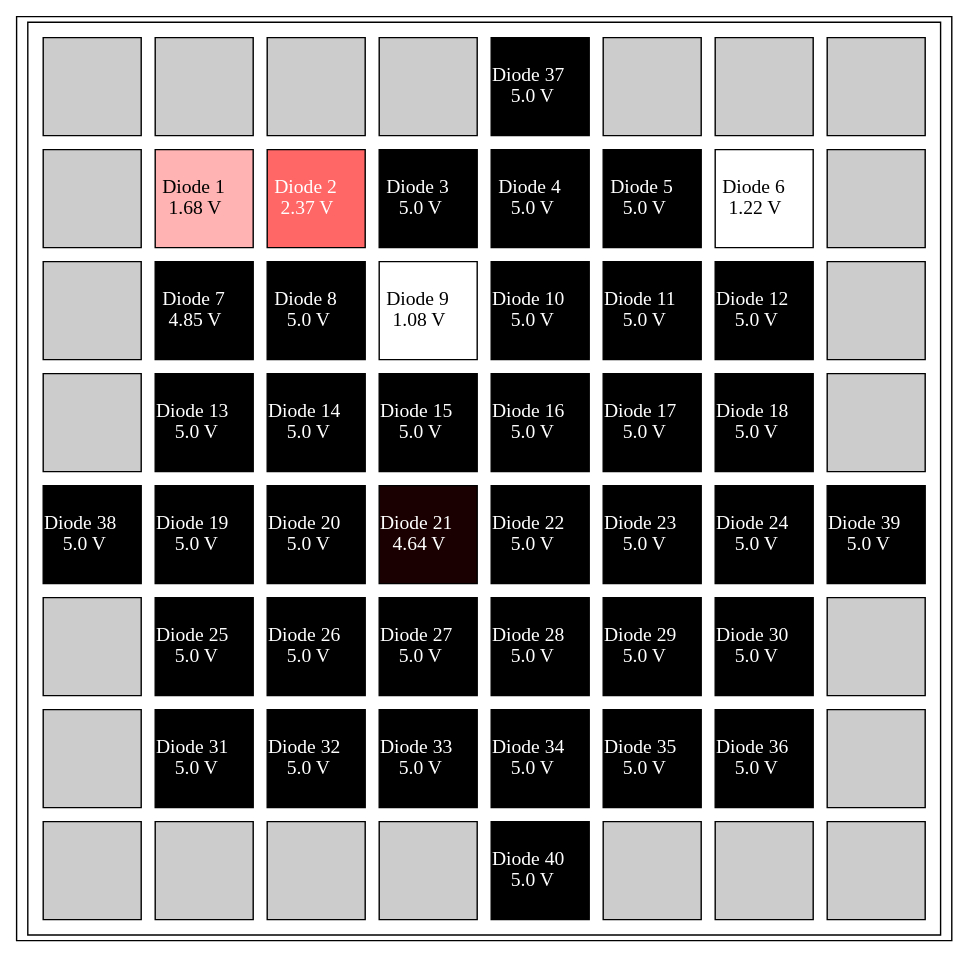
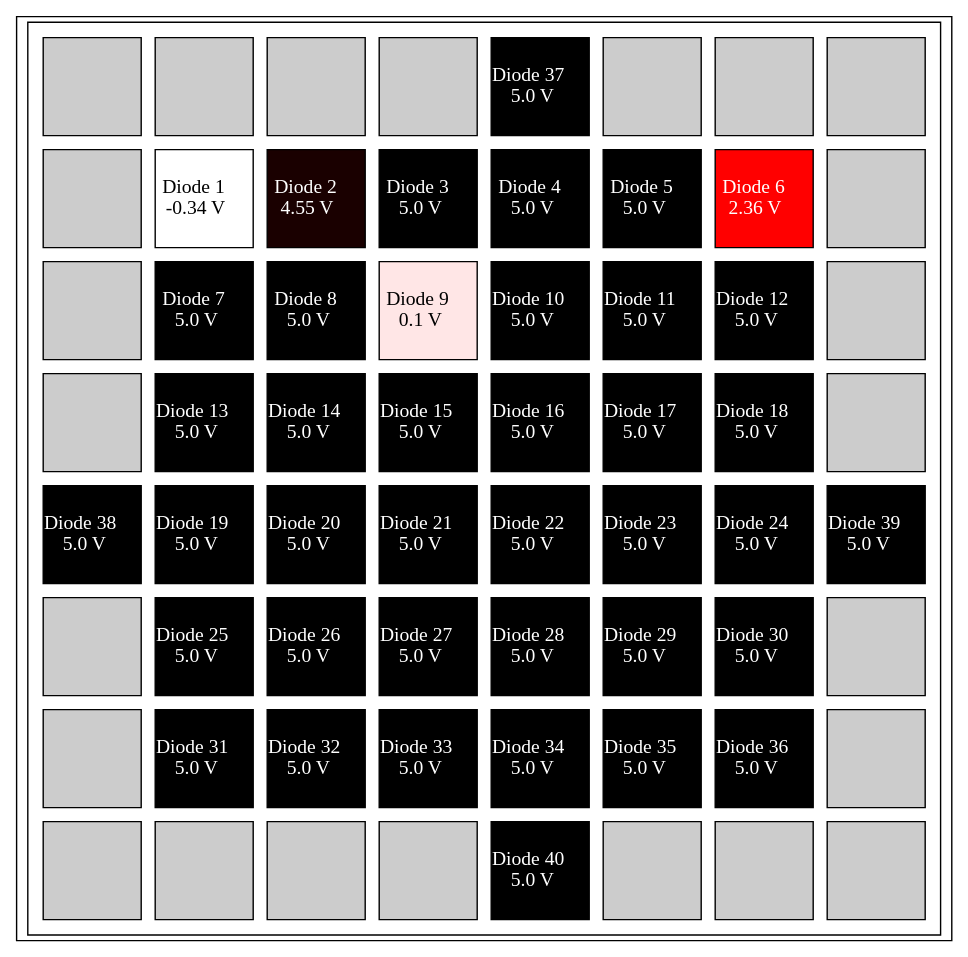
The diagram in array_table.gv (Karan-Takh/Diode-Dosimetry-Array), drawn with Graphviz before and after one commit. The commit also changed 2 other files, not shown here.

```diff
--- a/array_table.gv
+++ b/array_table.gv
@@ -1,195 +1,195 @@
 graph array_table {
 	node [shape=rectangle]
 	"Diode Array" [label=<<TABLE cellspacing="10">
     <TR>
         <TD bgcolor="#cccccc" fixedsize="true" width="70" height="70"></TD>
 
         <TD bgcolor="#cccccc" fixedsize="true" width="70" height="70"></TD>
 
         <TD bgcolor="#cccccc" fixedsize="true" width="70" height="70"></TD>
 
         <TD bgcolor="#cccccc" fixedsize="true" width="70" height="70"></TD>
 
         <TD bgcolor="#000000" fixedsize="true" width="70"
         height="70"><FONT COLOR="white">Diode 37 <BR align="center" /> 5.0 V</FONT></TD>
 
         <TD bgcolor="#cccccc" fixedsize="true" width="70" height="70"></TD>
 
         <TD bgcolor="#cccccc" fixedsize="true" width="70" height="70"></TD>
 
         <TD bgcolor="#cccccc" fixedsize="true" width="70" height="70"></TD>
     </TR>
 
 
     <TR>
         <TD bgcolor="#cccccc" fixedsize="true" width="70" height="70"></TD>
 
-        <TD bgcolor="#ffb3b3" fixedsize="true" width="70"
-        height="70"><FONT COLOR="black">Diode 1 <BR align="center" /> 1.68 V</FONT></TD>
+        <TD bgcolor="#ffffff" fixedsize="true" width="70"
+        height="70"><FONT COLOR="black">Diode 1 <BR align="center" /> -0.34 V</FONT></TD>
 
-        <TD bgcolor="#ff6666" fixedsize="true" width="70"
-        height="70"><FONT COLOR="white">Diode 2 <BR align="center" /> 2.37 V</FONT></TD>
+        <TD bgcolor="#1a0000" fixedsize="true" width="70"
+        height="70"><FONT COLOR="white">Diode 2 <BR align="center" /> 4.55 V</FONT></TD>
 
         <TD bgcolor="#000000" fixedsize="true" width="70"
         height="70"><FONT COLOR="white">Diode 3 <BR align="center" /> 5.0 V</FONT></TD>
 
         <TD bgcolor="#000000" fixedsize="true" width="70"
         height="70"><FONT COLOR="white">Diode 4 <BR align="center" /> 5.0 V</FONT></TD>
 
         <TD bgcolor="#000000" fixedsize="true" width="70"
         height="70"><FONT COLOR="white">Diode 5 <BR align="center" /> 5.0 V</FONT></TD>
 
-        <TD bgcolor="#ffffff" fixedsize="true" width="70"
-        height="70"><FONT COLOR="black">Diode 6 <BR align="center" /> 1.22 V</FONT></TD>
+        <TD bgcolor="#ff0000" fixedsize="true" width="70"
+        height="70"><FONT COLOR="white">Diode 6 <BR align="center" /> 2.36 V</FONT></TD>
 
         <TD bgcolor="#cccccc" fixedsize="true" width="70" height="70"></TD>
     </TR>
 
 
     <TR>
         <TD bgcolor="#cccccc" fixedsize="true" width="70" height="70"></TD>
 
         <TD bgcolor="#000000" fixedsize="true" width="70"
-        height="70"><FONT COLOR="white">Diode 7 <BR align="center" /> 4.85 V</FONT></TD>
+        height="70"><FONT COLOR="white">Diode 7 <BR align="center" /> 5.0 V</FONT></TD>
 
         <TD bgcolor="#000000" fixedsize="true" width="70"
         height="70"><FONT COLOR="white">Diode 8 <BR align="center" /> 5.0 V</FONT></TD>
 
-        <TD bgcolor="#ffffff" fixedsize="true" width="70"
-        height="70"><FONT COLOR="black">Diode 9 <BR align="center" /> 1.08 V</FONT></TD>
+        <TD bgcolor="#ffe6e6" fixedsize="true" width="70"
+        height="70"><FONT COLOR="black">Diode 9 <BR align="center" /> 0.1 V</FONT></TD>
 
         <TD bgcolor="#000000" fixedsize="true" width="70"
         height="70"><FONT COLOR="white">Diode 10 <BR align="center" /> 5.0 V</FONT></TD>
 
         <TD bgcolor="#000000" fixedsize="true" width="70"
         height="70"><FONT COLOR="white">Diode 11 <BR align="center" /> 5.0 V</FONT></TD>
 
         <TD bgcolor="#000000" fixedsize="true" width="70"
         height="70"><FONT COLOR="white">Diode 12 <BR align="center" /> 5.0 V</FONT></TD>
 
         <TD bgcolor="#cccccc" fixedsize="true" width="70" height="70"></TD>
     </TR>
 
 
     <TR>
         <TD bgcolor="#cccccc" fixedsize="true" width="70" height="70"></TD>
 
         <TD bgcolor="#000000" fixedsize="true" width="70"
         height="70"><FONT COLOR="white">Diode 13 <BR align="center" /> 5.0 V</FONT></TD>
 
         <TD bgcolor="#000000" fixedsize="true" width="70"
         height="70"><FONT COLOR="white">Diode 14 <BR align="center" /> 5.0 V</FONT></TD>
 
         <TD bgcolor="#000000" fixedsize="true" width="70"
         height="70"><FONT COLOR="white">Diode 15 <BR align="center" /> 5.0 V</FONT></TD>
 
         <TD bgcolor="#000000" fixedsize="true" width="70"
         height="70"><FONT COLOR="white">Diode 16 <BR align="center" /> 5.0 V</FONT></TD>
 
         <TD bgcolor="#000000" fixedsize="true" width="70"
         height="70"><FONT COLOR="white">Diode 17 <BR align="center" /> 5.0 V</FONT></TD>
 
         <TD bgcolor="#000000" fixedsize="true" width="70"
         height="70"><FONT COLOR="white">Diode 18 <BR align="center" /> 5.0 V</FONT></TD>
 
         <TD bgcolor="#cccccc" fixedsize="true" width="70" height="70"></TD>
     </TR>
 
 
     <TR>
         <TD bgcolor="#000000" fixedsize="true" width="70"
         height="70"><FONT COLOR="white">Diode 38 <BR align="center" /> 5.0 V</FONT></TD>
 
         <TD bgcolor="#000000" fixedsize="true" width="70"
         height="70"><FONT COLOR="white">Diode 19 <BR align="center" /> 5.0 V</FONT></TD>
 
         <TD bgcolor="#000000" fixedsize="true" width="70"
         height="70"><FONT COLOR="white">Diode 20 <BR align="center" /> 5.0 V</FONT></TD>
 
-        <TD bgcolor="#1a0000" fixedsize="true" width="70"
-        height="70"><FONT COLOR="white">Diode 21 <BR align="center" /> 4.64 V</FONT></TD>
+        <TD bgcolor="#000000" fixedsize="true" width="70"
+        height="70"><FONT COLOR="white">Diode 21 <BR align="center" /> 5.0 V</FONT></TD>
 
         <TD bgcolor="#000000" fixedsize="true" width="70"
         height="70"><FONT COLOR="white">Diode 22 <BR align="center" /> 5.0 V</FONT></TD>
 
         <TD bgcolor="#000000" fixedsize="true" width="70"
         height="70"><FONT COLOR="white">Diode 23 <BR align="center" /> 5.0 V</FONT></TD>
 
         <TD bgcolor="#000000" fixedsize="true" width="70"
         height="70"><FONT COLOR="white">Diode 24 <BR align="center" /> 5.0 V</FONT></TD>
 
         <TD bgcolor="#000000" fixedsize="true" width="70"
         height="70"><FONT COLOR="white">Diode 39 <BR align="center" /> 5.0 V</FONT></TD>
     </TR>
 
 
     <TR>
         <TD bgcolor="#cccccc" fixedsize="true" width="70" height="70"></TD>
 
         <TD bgcolor="#000000" fixedsize="true" width="70"
         height="70"><FONT COLOR="white">Diode 25 <BR align="center" /> 5.0 V</FONT></TD>
 
         <TD bgcolor="#000000" fixedsize="true" width="70"
         height="70"><FONT COLOR="white">Diode 26 <BR align="center" /> 5.0 V</FONT></TD>
 
         <TD bgcolor="#000000" fixedsize="true" width="70"
         height="70"><FONT COLOR="white">Diode 27 <BR align="center" /> 5.0 V</FONT></TD>
 
         <TD bgcolor="#000000" fixedsize="true" width="70"
         height="70"><FONT COLOR="white">Diode 28 <BR align="center" /> 5.0 V</FONT></TD>
 
         <TD bgcolor="#000000" fixedsize="true" width="70"
         height="70"><FONT COLOR="white">Diode 29 <BR align="center" /> 5.0 V</FONT></TD>
 
         <TD bgcolor="#000000" fixedsize="true" width="70"
         height="70"><FONT COLOR="white">Diode 30 <BR align="center" /> 5.0 V</FONT></TD>
 
         <TD bgcolor="#cccccc" fixedsize="true" width="70" height="70"></TD>
     </TR>
 
 
     <TR>
         <TD bgcolor="#cccccc" fixedsize="true" width="70" height="70"></TD>
 
         <TD bgcolor="#000000" fixedsize="true" width="70"
         height="70"><FONT COLOR="white">Diode 31 <BR align="center" /> 5.0 V</FONT></TD>
 
         <TD bgcolor="#000000" fixedsize="true" width="70"
         height="70"><FONT COLOR="white">Diode 32 <BR align="center" /> 5.0 V</FONT></TD>
 
         <TD bgcolor="#000000" fixedsize="true" width="70"
         height="70"><FONT COLOR="white">Diode 33 <BR align="center" /> 5.0 V</FONT></TD>
 
         <TD bgcolor="#000000" fixedsize="true" width="70"
         height="70"><FONT COLOR="white">Diode 34 <BR align="center" /> 5.0 V</FONT></TD>
 
         <TD bgcolor="#000000" fixedsize="true" width="70"
         height="70"><FONT COLOR="white">Diode 35 <BR align="center" /> 5.0 V</FONT></TD>
 
         <TD bgcolor="#000000" fixedsize="true" width="70"
         height="70"><FONT COLOR="white">Diode 36 <BR align="center" /> 5.0 V</FONT></TD>
 
         <TD bgcolor="#cccccc" fixedsize="true" width="70" height="70"></TD>
     </TR>
 
 
     <TR>
         <TD bgcolor="#cccccc" fixedsize="true" width="70" height="70"></TD>
 
         <TD bgcolor="#cccccc" fixedsize="true" width="70" height="70"></TD>
 
         <TD bgcolor="#cccccc" fixedsize="true" width="70" height="70"></TD>
 
         <TD bgcolor="#cccccc" fixedsize="true" width="70" height="70"></TD>
 
         <TD bgcolor="#000000" fixedsize="true" width="70"
         height="70"><FONT COLOR="white">Diode 40 <BR align="center" /> 5.0 V</FONT></TD>
 
         <TD bgcolor="#cccccc" fixedsize="true" width="70" height="70"></TD>
 
         <TD bgcolor="#cccccc" fixedsize="true" width="70" height="70"></TD>
 
         <TD bgcolor="#cccccc" fixedsize="true" width="70" height="70"></TD>
     </TR>
 </TABLE>>]
 }
```
